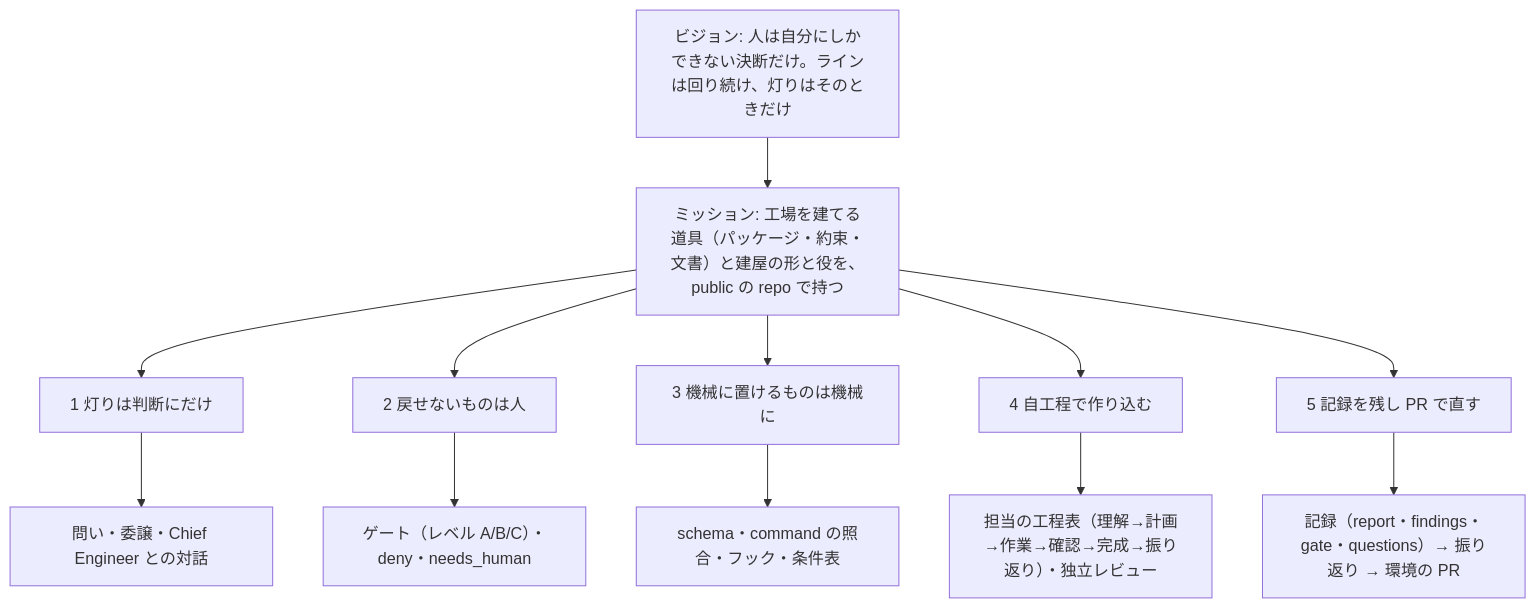
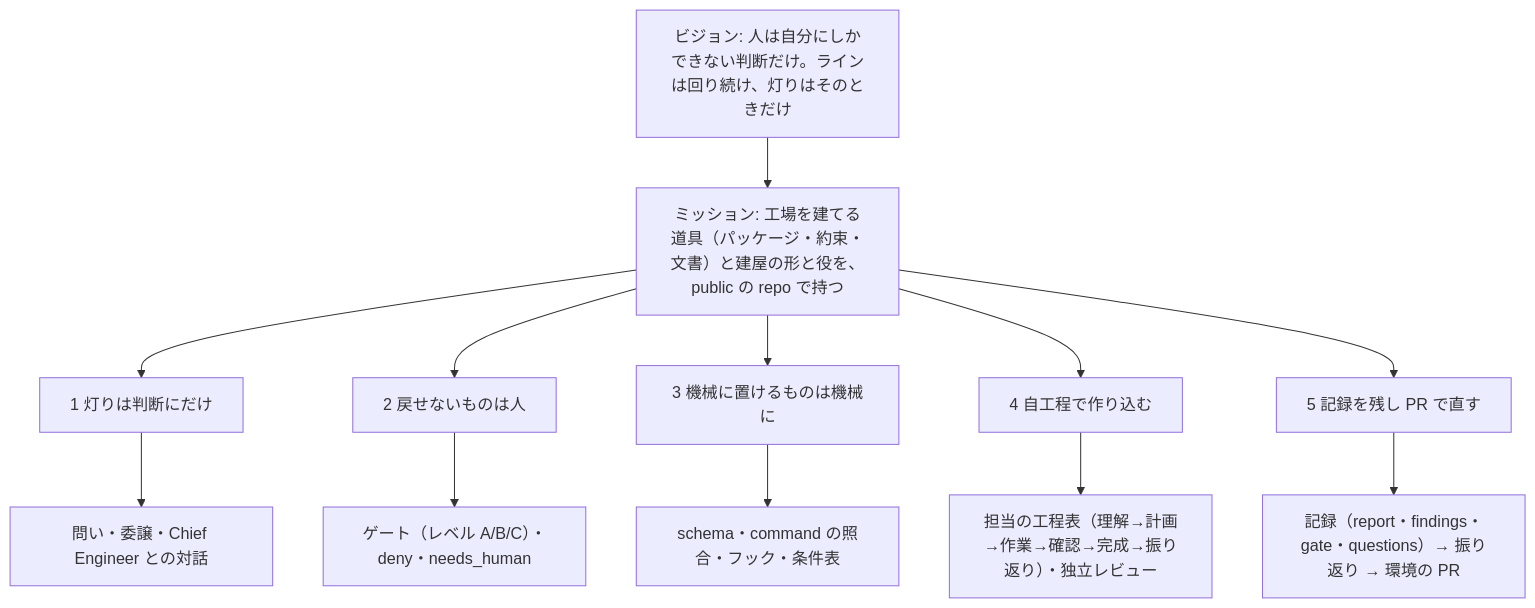
The diagram in docs/vision.md (mitaku/andon), drawn with Mermaid before and after one commit. The commit also changed other lines of this file and 2 other files, not shown here.

````diff
--- a/docs/vision.md
+++ b/docs/vision.md
@@ -110,10 +110,10 @@
 ```mermaid
 flowchart TB
-  V["ビジョン: 人は自分にしかできない決断だけ。ラインは回り続け、灯りはそのときだけ"] --> M["ミッション: 工場を建てる道具（パッケージ・約束・文書）と建屋の形と役を、public の repo で持つ"]
+  V["ビジョン: 人は自分にしかできない判断だけ。ラインは回り続け、灯りはそのときだけ"] --> M["ミッション: 工場を建てる道具（パッケージ・約束・文書）と建屋の形と役を、public の repo で持つ"]
   M --> B1["1 灯りは判断にだけ"] & B2["2 戻せないものは人"] & B3["3 機械に置けるものは機械に"] & B4["4 自工程で作り込む"] & B5["5 記録を残し PR で直す"]
   B1 --> S1["問い・委譲・Chief Engineer との対話"]
   B2 --> S2["ゲート（レベル A/B/C）・deny・needs_human"]
   B3 --> S3["schema・command の照合・フック・条件表"]
   B4 --> S4["担当の工程表（理解→計画→作業→確認→完成→振り返り）・独立レビュー"]
   B5 --> S5["記録（report・findings・gate・questions）→ 振り返り → 環境の PR"]
 ```
````
